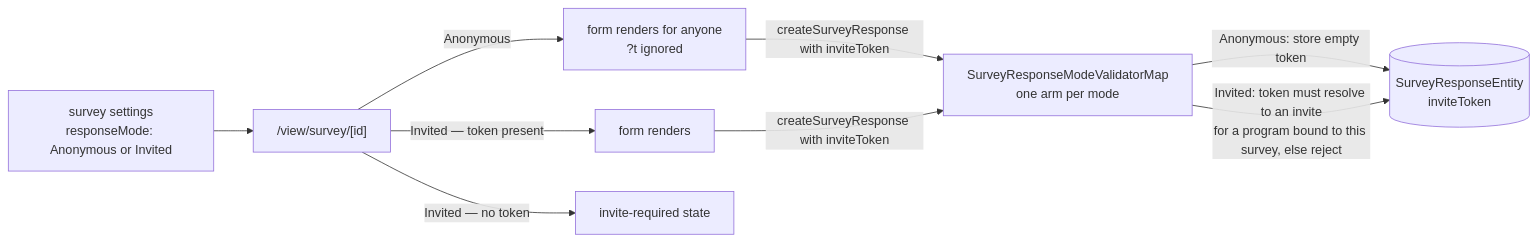
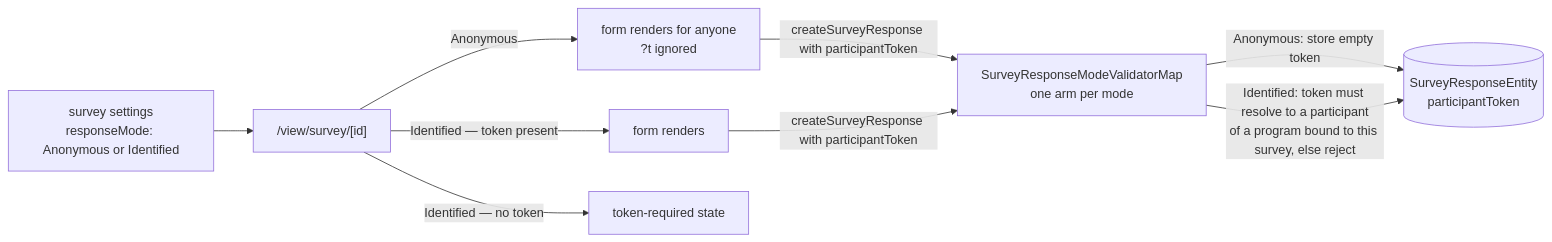
The diagram in packages/app/content/docs/platform/survey-response-modes.md (Esposter/Esposter), drawn with Mermaid before and after one commit. The commit also changed other lines of this file and 41 other files, not shown here.

````diff
--- a/packages/app/content/docs/platform/survey-response-modes.md
+++ b/packages/app/content/docs/platform/survey-response-modes.md
@@ -14,10 +14,10 @@
 ```mermaid
 flowchart LR
-  SET["survey settings<br/>responseMode: Anonymous or Invited"] --> VIEW["/view/survey/[id]"]
+  SET["survey settings<br/>responseMode: Anonymous or Identified"] --> VIEW["/view/survey/[id]"]
   VIEW -->|Anonymous| OPEN["form renders for anyone<br/>?t ignored"]
-  VIEW -->|"Invited — token present"| FORM["form renders"]
-  VIEW -->|"Invited — no token"| GATE["invite-required state"]
-  OPEN & FORM -->|"createSurveyResponse with inviteToken"| VALIDATE["SurveyResponseModeValidatorMap<br/>one arm per mode"]
-  VALIDATE -->|"Anonymous: store empty token"| AT[("SurveyResponseEntity<br/>inviteToken")]
-  VALIDATE -->|"Invited: token must resolve to an invite<br/>for a program bound to this survey, else reject"| AT
+  VIEW -->|"Identified — token present"| FORM["form renders"]
+  VIEW -->|"Identified — no token"| GATE["token-required state"]
+  OPEN & FORM -->|"createSurveyResponse with participantToken"| VALIDATE["SurveyResponseModeValidatorMap<br/>one arm per mode"]
+  VALIDATE -->|"Anonymous: store empty token"| AT[("SurveyResponseEntity<br/>participantToken")]
+  VALIDATE -->|"Identified: token must resolve to a participant<br/>of a program bound to this survey, else reject"| AT
 ```
````
